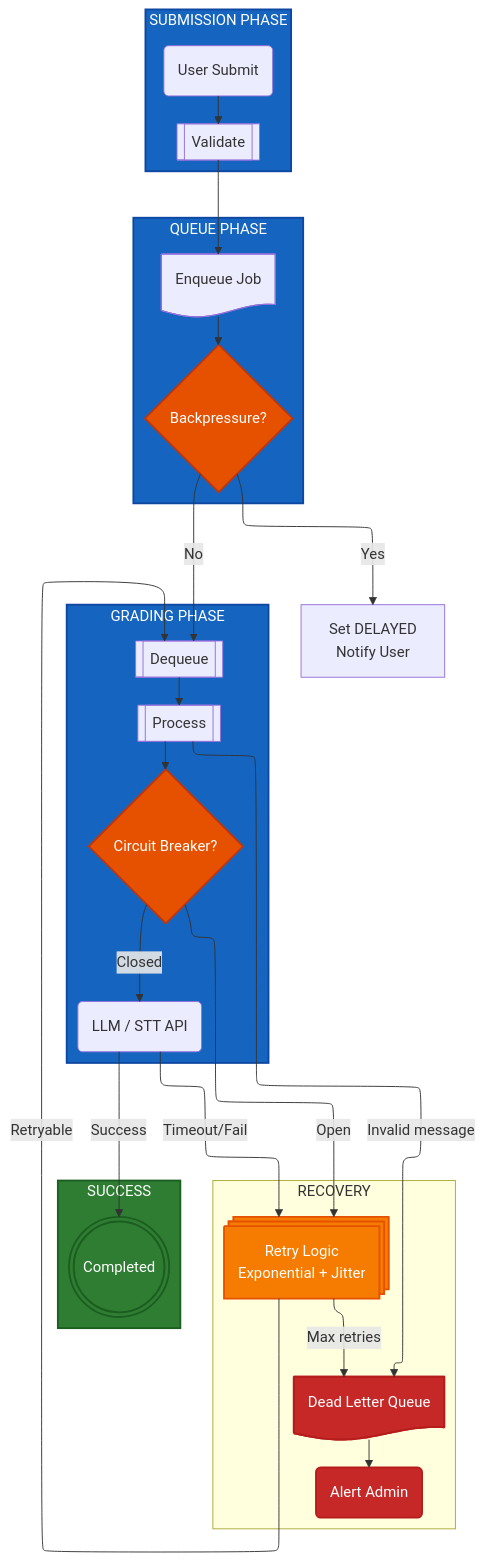
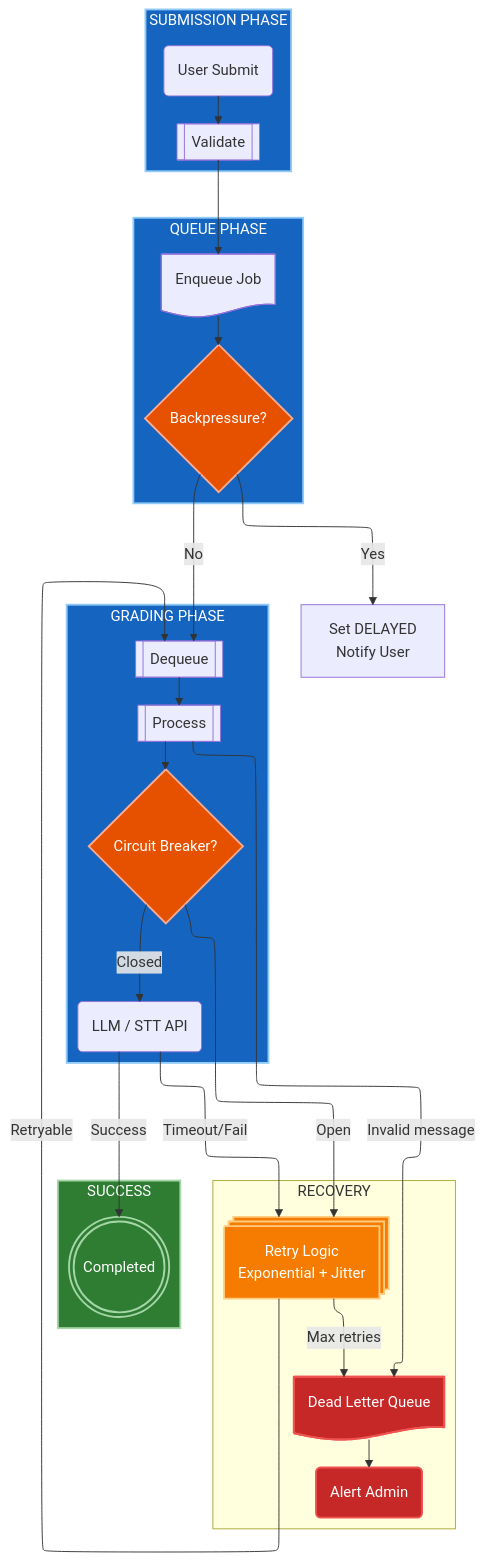
Before and after one commit to nghyane/VSTEP: the third of 12 diagrams in docs/capstone/diagrams/flow-diagrams.vi.md, drawn with Mermaid. The commit also changed other lines of this file, not shown here.

First line of the commit message:
fix(docs): optimize diagram colors for dark/light mode compatibility

````diff
--- a/docs/capstone/diagrams/flow-diagrams.vi.md
+++ b/docs/capstone/diagrams/flow-diagrams.vi.md
@@ -140,61 +140,61 @@
 ```mermaid
 ---
 config:
   layout: elk
 ---
 flowchart TB
     subgraph Submission["SUBMISSION PHASE"]
         Submit@{ shape: rounded, label: "User Submit" }
         Validate@{ shape: fr-rect, label: "Validate" }
     end
 
     subgraph QueuePhase["QUEUE PHASE"]
         Enqueue@{ shape: doc, label: "Enqueue Job" }
         Backpressure@{ shape: diam, label: "Backpressure?" }
     end
 
     subgraph Processing["GRADING PHASE"]
         Dequeue@{ shape: fr-rect, label: "Dequeue" }
         Process@{ shape: fr-rect, label: "Process" }
         Circuit@{ shape: diam, label: "Circuit Breaker?" }
         External@{ shape: rounded, label: "LLM / STT API" }
     end
 
     subgraph Recovery["RECOVERY"]
         Retry@{ shape: st-rect, label: "Retry Logic<br/>Exponential + Jitter" }
         DLQ@{ shape: doc, label: "Dead Letter Queue" }
         Alert@{ shape: rounded, label: "Alert Admin" }
     end
 
     subgraph Success["SUCCESS"]
         Complete@{ shape: dbl-circ, label: "Completed" }
     end
 
     Submit --> Validate --> Enqueue --> Backpressure
     Backpressure -->|"No"| Dequeue
     Backpressure -->|"Yes"| Delayed["Set DELAYED<br/>Notify User"]
     
     Dequeue --> Process --> Circuit
     Circuit -->|"Closed"| External
     Circuit -->|"Open"| Retry
     
     External -->|"Success"| Complete
     External -->|"Timeout/Fail"| Retry
     
     Retry -->|"Retryable"| Dequeue
     Retry -->|"Max retries"| DLQ --> Alert
     
     Process -->|"Invalid message"| DLQ
 
-    classDef normal fill:#1565c0,stroke:#0d47a1,stroke-width:2px,color:#fff
-    classDef decision fill:#e65100,stroke:#bf360c,stroke-width:2px,color:#fff
-    classDef warning fill:#f57c00,stroke:#e65100,stroke-width:2px,color:#fff
-    classDef error fill:#c62828,stroke:#b71c1c,stroke-width:2px,color:#fff
-    classDef success fill:#2e7d32,stroke:#1b5e20,stroke-width:2px,color:#fff
+    classDef normal fill:#1565c0,stroke:#90caf9,stroke-width:2px,color:#fff
+    classDef decision fill:#e65100,stroke:#ffab91,stroke-width:2px,color:#fff
+    classDef warning fill:#f57c00,stroke:#ffcc80,stroke-width:2px,color:#fff
+    classDef error fill:#c62828,stroke:#ef5350,stroke-width:2px,color:#fff
+    classDef success fill:#2e7d32,stroke:#a5d6a7,stroke-width:2px,color:#fff
 
     class Submission,QueuePhase,Processing normal
     class Backpressure,Circuit decision
     class Retry warning
     class DLQ,Alert error
     class Success,Complete success
 ```
````
